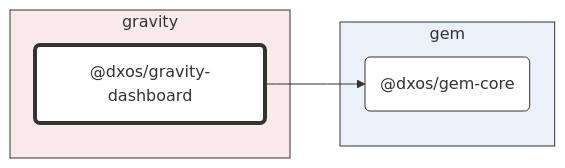
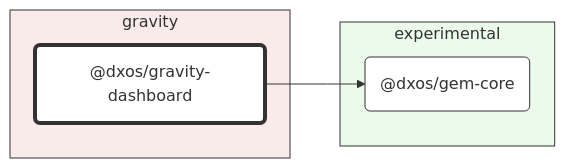
One commit to dxos/dxos changed the diagram in packages/gravity/gravity-dashboard/docs/README.md. Above: the diagram before and after it, drawn with Mermaid. The commit also changed other lines of this file and 95 other files, not shown here.

Commit message:
Class diagrams.

````diff
--- a/packages/gravity/gravity-dashboard/docs/README.md
+++ b/packages/gravity/gravity-dashboard/docs/README.md
@@ -7,27 +7,27 @@
 ```mermaid
 %%{ init: {'flowchart':{'curve':'basis'}} }%%
 
 flowchart LR
 
 %% Classes
 classDef def fill:#fff,stroke:#333,stroke-width:1px
 classDef root fill:#fff,stroke:#333,stroke-width:4px
 
 %% Nodes
 
 subgraph gravity [gravity]
   style gravity fill:#faebeb,stroke:#333
   dxos/gravity-dashboard("@dxos/gravity-dashboard"):::root
   click dxos/gravity-dashboard "dxos/dxos/tree/main/packages/gravity/gravity-dashboard/docs"
 end
 
-subgraph gem [gem]
-  style gem fill:#ebf1fa,stroke:#333
+subgraph experimental [experimental]
+  style experimental fill:#ecfaeb,stroke:#333
   dxos/gem-core("@dxos/gem-core"):::def
-  click dxos/gem-core "dxos/dxos/tree/main/packages/gem/gem-core/docs"
+  click dxos/gem-core "dxos/dxos/tree/main/packages/experimental/gem-core/docs"
 end
 
 %% Links
 linkStyle default stroke:#333,stroke-width:1px
 dxos/gravity-dashboard --> dxos/gem-core
 ```
````
